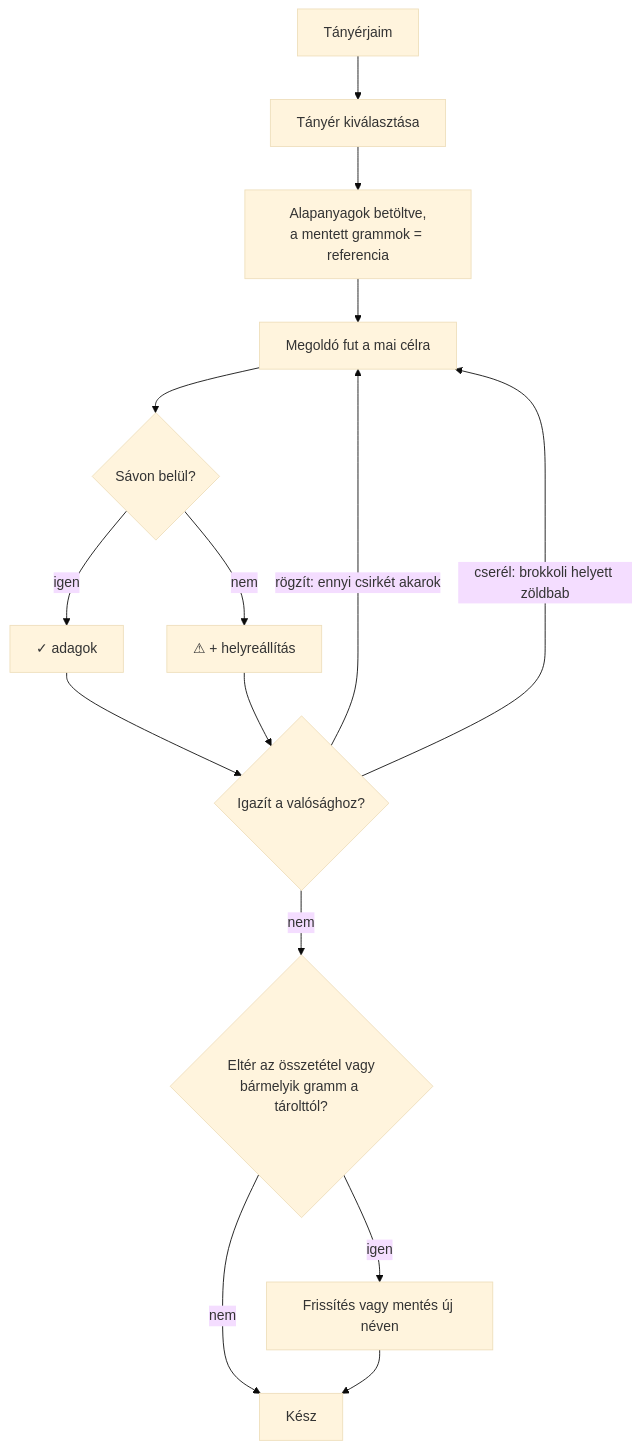
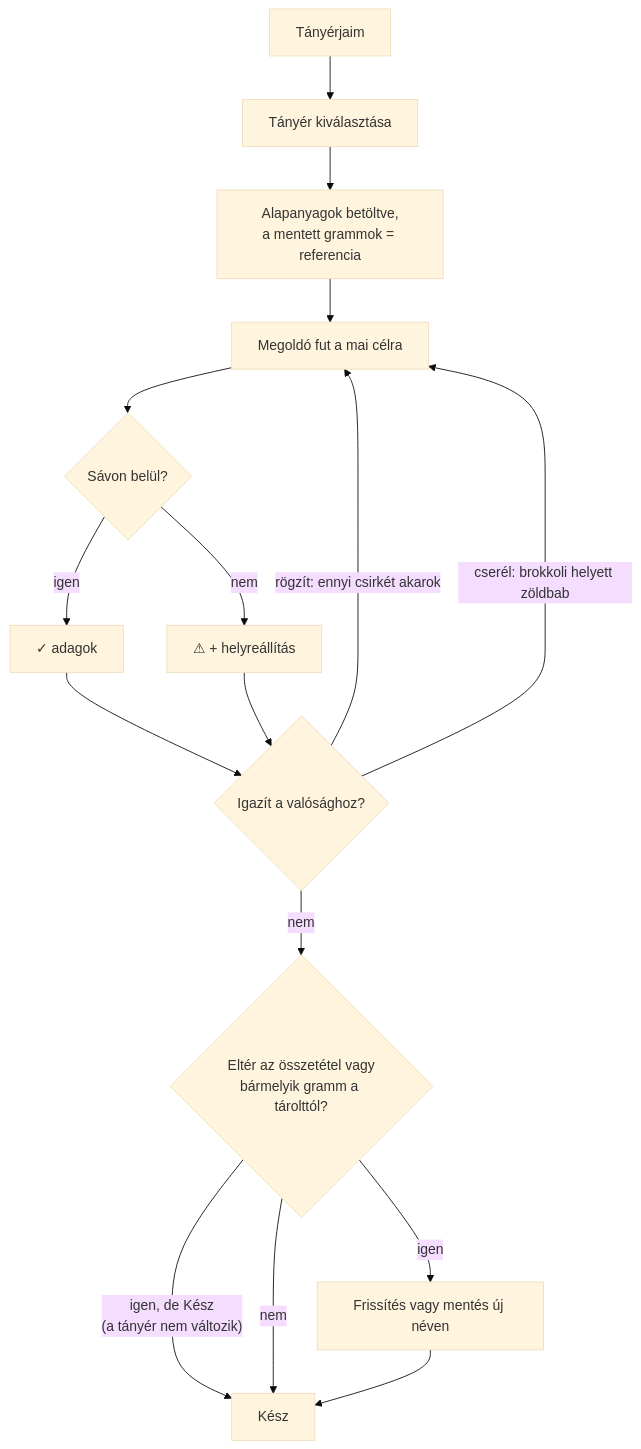
The second of 3 diagrams in ketara-folyamatok-kepernyok.md (Izayata/ketara-artifacts), drawn with Mermaid (base theme) before and after one commit. The commit also changed other lines of this file and 3 other files, not shown here.

````diff
--- a/ketara-folyamatok-kepernyok.md
+++ b/ketara-folyamatok-kepernyok.md
@@ -74,17 +79,18 @@
 ```mermaid
 flowchart TD
     A[Tányérjaim] --> B[Tányér kiválasztása]
     B --> C["Alapanyagok betöltve,<br/>a mentett grammok = referencia"]
     C --> D[Megoldó fut a mai célra]
     D --> E{Sávon belül?}
     E -- igen --> F["✓ adagok"]
     E -- nem --> G["⚠ + helyreállítás"]
     F --> H{Igazít a valósághoz?}
     G --> H
     H -- "rögzít: ennyi csirkét akarok" --> D
     H -- "cserél: brokkoli helyett zöldbab" --> D
     H -- nem --> I{"Eltér az összetétel vagy<br/>bármelyik gramm a tárolttól?"}
     I -- igen --> J["Frissítés vagy mentés új néven"]
+    I -- "igen, de Kész<br/>(a tányér nem változik)" --> K
     I -- nem --> K["Kész"]
     J --> K
 ```
````
